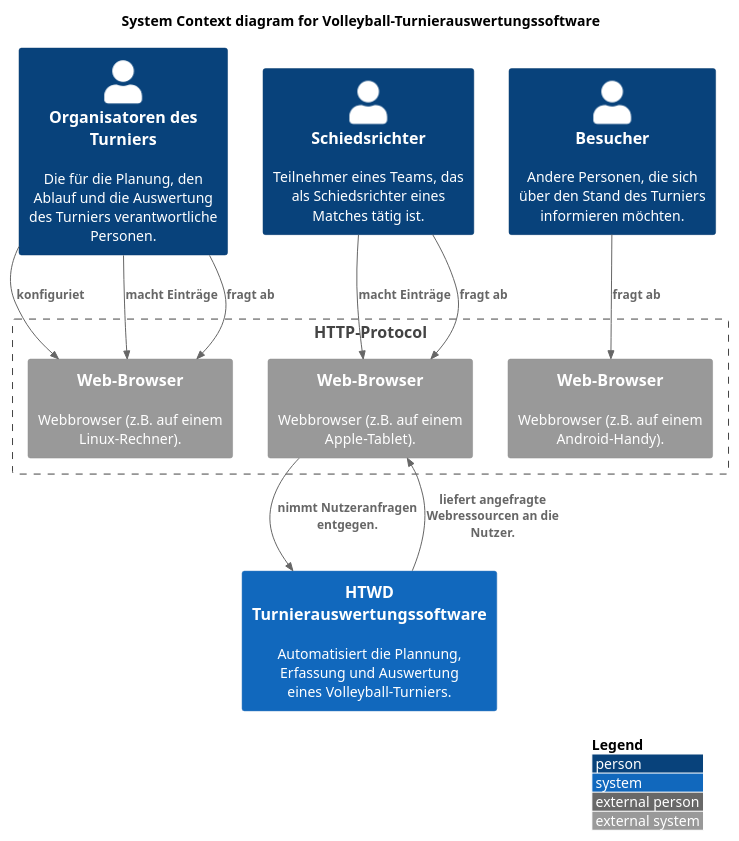
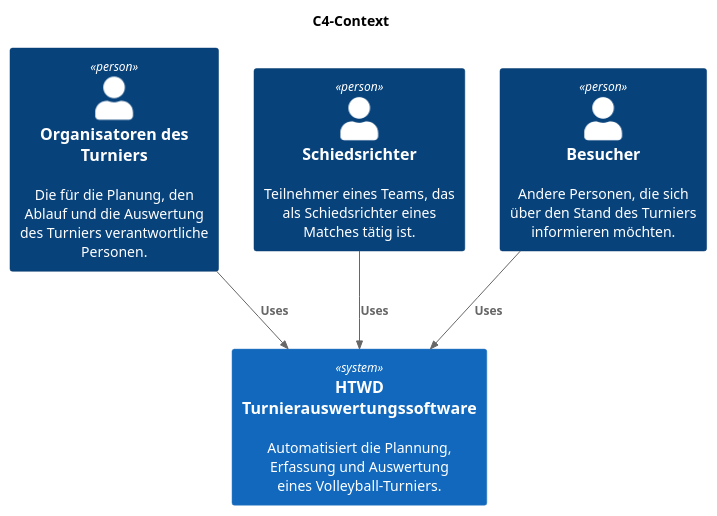
One commit to max-htw/htwd-turnierauswertungssoftware changed the diagram in docs/architecture/plantuml/an_c4_context.puml. Above: the diagram before and after it, drawn with PlantUML. The commit also changed 7 other files, not shown here.

Commit message:
C4-Diagramme

```diff
--- a/docs/architecture/plantuml/an_c4_context.puml
+++ b/docs/architecture/plantuml/an_c4_context.puml
@@ -1,31 +1,16 @@
 @startuml
 !include C4_Context.puml
 
-LAYOUT_WITH_LEGEND()
-
-title System Context diagram for Volleyball-Turnierauswertungssoftware
+title C4-Context
 
 Person(organisator, "Organisatoren des Turniers", "Die für die Planung, den Ablauf und die Auswertung des Turniers verantwortliche Personen.")
 Person(shiri, "Schiedsrichter", "Teilnehmer eines Teams, das als Schiedsrichter eines Matches tätig ist.")
 Person(besucher, "Besucher", "Andere Personen, die sich über den Stand des Turniers informieren möchten.")
 
-Boundary(webbrowsers,"HTTP-Protocol"){
-  System_Ext(webbrowser1, "Web-Browser", "Webbrowser (z.B. auf einem Linux-Rechner).")
-  System_Ext(webbrowser2, "Web-Browser", "Webbrowser (z.B. auf einem Apple-Tablet).")
-  System_Ext(webbrowser3, "Web-Browser", "Webbrowser (z.B. auf einem Android-Handy).")
-}
-
 System(turnierauswertungssoftware, "HTWD Turnierauswertungssoftware", "Automatisiert die Plannung, Erfassung und Auswertung eines Volleyball-Turniers.")
 
-Rel_D(organisator, webbrowser1, "konfiguriet")
-Rel_D(organisator, webbrowser1, "macht Einträge")
-Rel_D(organisator, webbrowser1, "fragt ab")
-Rel_D(shiri, webbrowser2, "macht Einträge")
-Rel_D(shiri, webbrowser2, "fragt ab")
-Rel_D(besucher, webbrowser3, "fragt ab")
-
-Rel_D(webbrowser2, turnierauswertungssoftware, "nimmt Nutzeranfragen entgegen.")
-Rel_U(turnierauswertungssoftware, webbrowser2, "liefert angefragte Webressourcen an die Nutzer.")
-
+Rel_D(organisator, turnierauswertungssoftware, "Uses")
+Rel_D(shiri, turnierauswertungssoftware, "Uses")
+Rel_D(besucher, turnierauswertungssoftware, "Uses")
 
 @enduml
```
